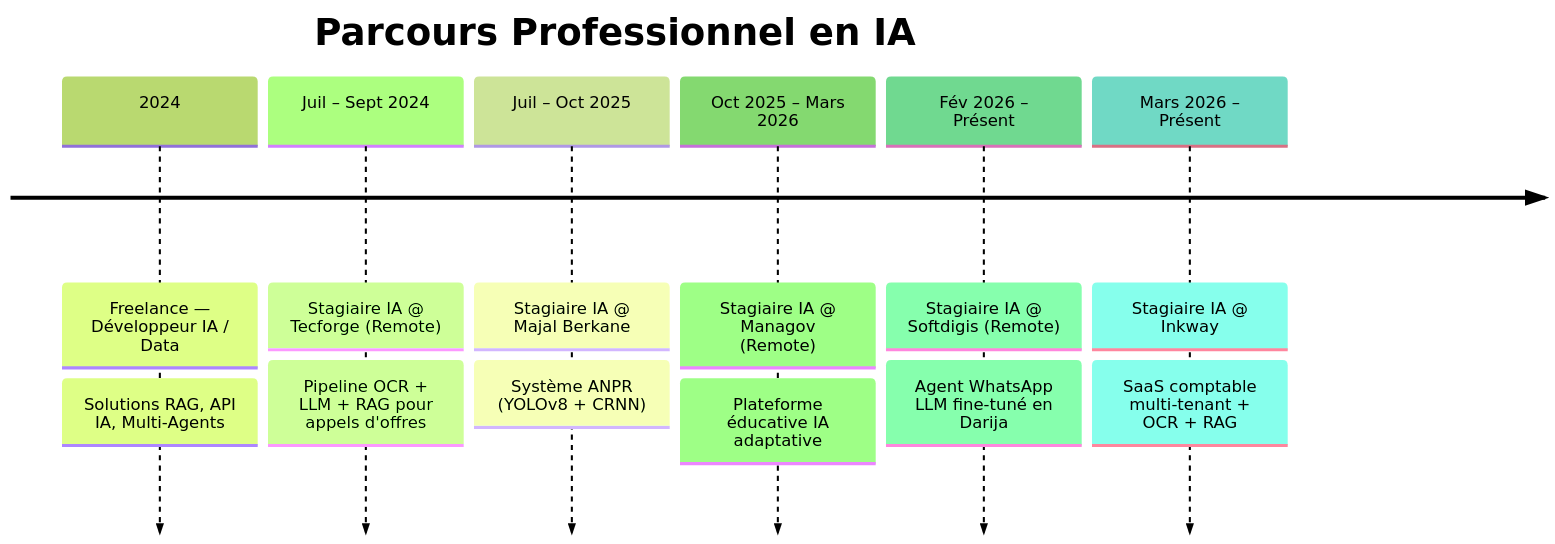
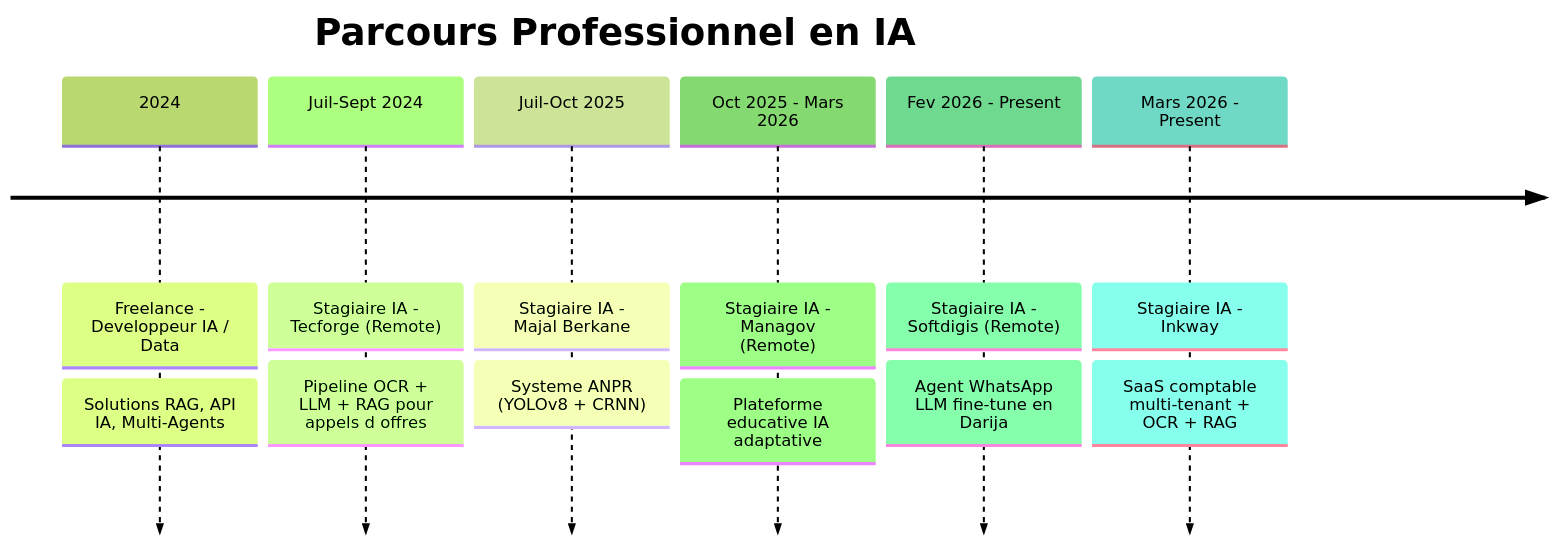
Before and after one commit to Hajji-ahmed/Hajji-ahmed: the diagram in README.md, drawn with Mermaid (forest theme). The commit also changed other lines of this file, not shown here.

````diff
--- a/README.md
+++ b/README.md
@@ -215,16 +266,16 @@
 ```mermaid
 timeline
     title Parcours Professionnel en IA
-    2024 : Freelance — Développeur IA / Data
+    2024 : Freelance - Developpeur IA / Data
          : Solutions RAG, API IA, Multi-Agents
-    Juil – Sept 2024 : Stagiaire IA @ Tecforge (Remote)
-                     : Pipeline OCR + LLM + RAG pour appels d'offres
-    Juil – Oct 2025 : Stagiaire IA @ Majal Berkane
-                    : Système ANPR (YOLOv8 + CRNN)
-    Oct 2025 – Mars 2026 : Stagiaire IA @ Managov (Remote)
-                         : Plateforme éducative IA adaptative
-    Fév 2026 – Présent : Stagiaire IA @ Softdigis (Remote)
-                       : Agent WhatsApp LLM fine-tuné en Darija
-    Mars 2026 – Présent : Stagiaire IA @ Inkway
+    Juil-Sept 2024 : Stagiaire IA - Tecforge (Remote)
+                   : Pipeline OCR + LLM + RAG pour appels d offres
+    Juil-Oct 2025 : Stagiaire IA - Majal Berkane
+                  : Systeme ANPR (YOLOv8 + CRNN)
+    Oct 2025 - Mars 2026 : Stagiaire IA - Managov (Remote)
+                         : Plateforme educative IA adaptative
+    Fev 2026 - Present : Stagiaire IA - Softdigis (Remote)
+                       : Agent WhatsApp LLM fine-tune en Darija
+    Mars 2026 - Present : Stagiaire IA - Inkway
                         : SaaS comptable multi-tenant + OCR + RAG
 ```
````
